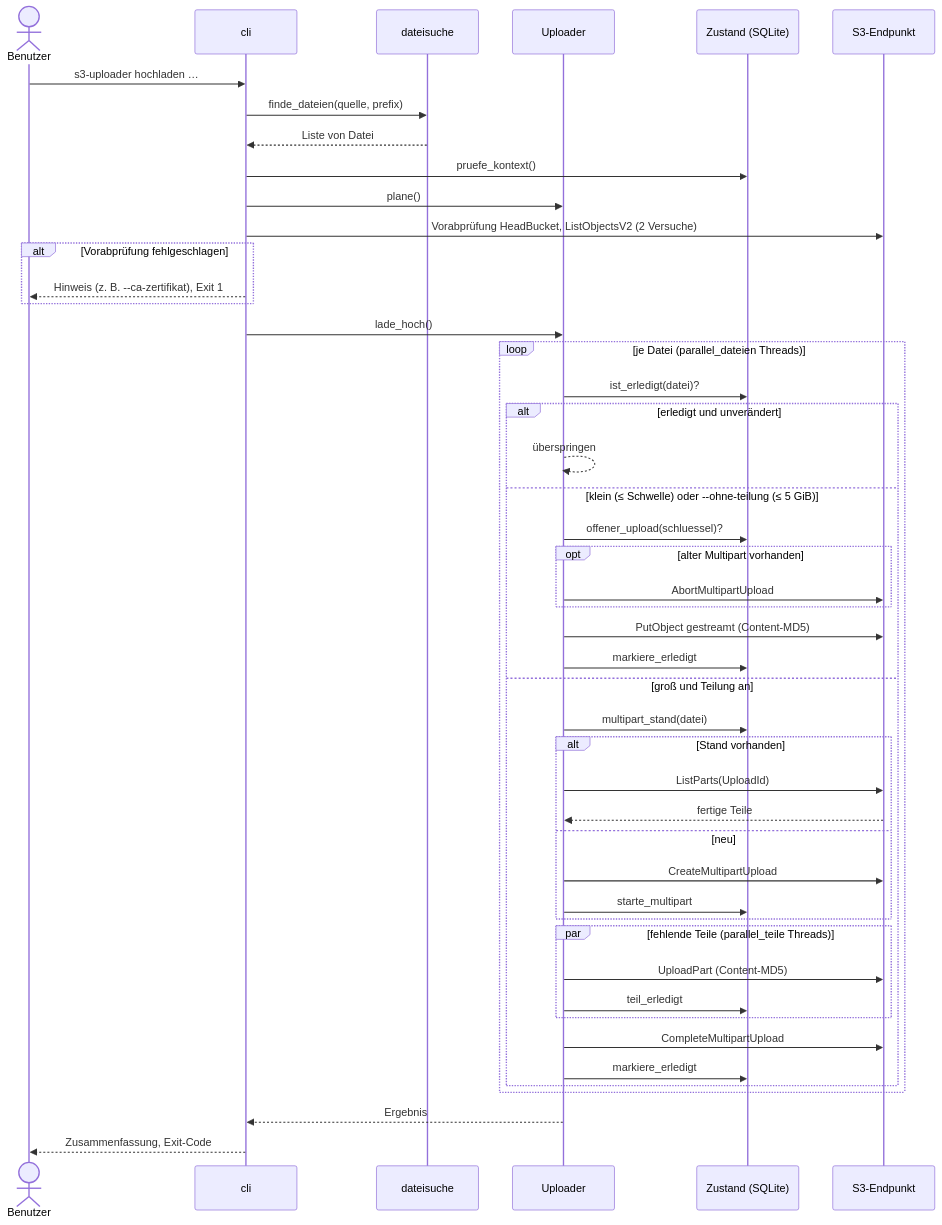
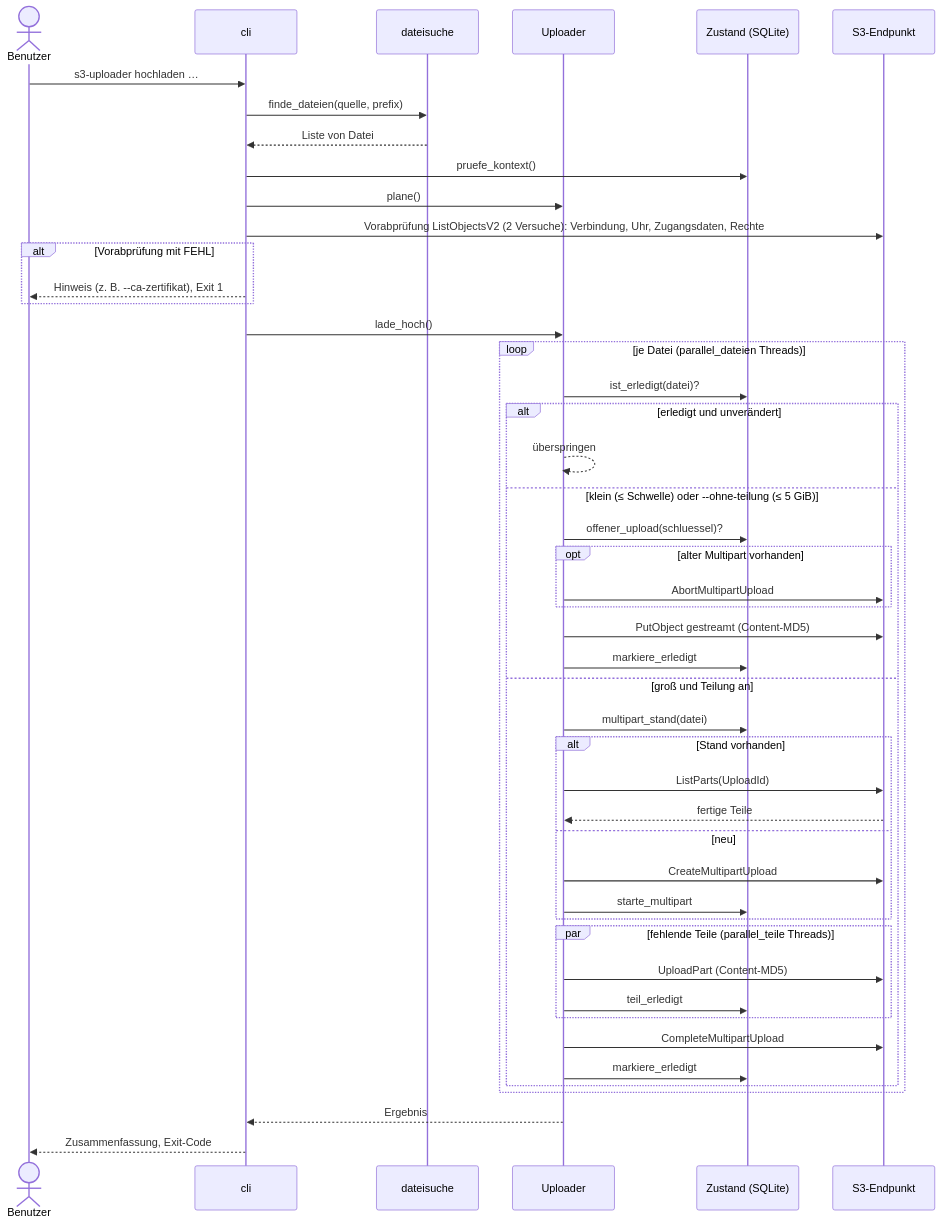
The third of 5 diagrams in docs/architektur.md (Weitenbummler/s3-uploader), drawn with Mermaid before and after one commit. The commit also changed other lines of this file and 4 other files, not shown here.

````diff
--- a/docs/architektur.md
+++ b/docs/architektur.md
@@ -192,51 +192,51 @@
 ```mermaid
 sequenceDiagram
     actor Benutzer
     participant CLI as cli
     participant Suche as dateisuche
     participant U as Uploader
     participant Z as Zustand (SQLite)
     participant S3 as S3-Endpunkt
 
     Benutzer->>CLI: s3-uploader hochladen …
     CLI->>Suche: finde_dateien(quelle, prefix)
     Suche-->>CLI: Liste von Datei
     CLI->>Z: pruefe_kontext()
     CLI->>U: plane()
-    CLI->>S3: Vorabprüfung HeadBucket, ListObjectsV2 (2 Versuche)
-    alt Vorabprüfung fehlgeschlagen
+    CLI->>S3: Vorabprüfung ListObjectsV2 (2 Versuche): Verbindung, Uhr, Zugangsdaten, Rechte
+    alt Vorabprüfung mit FEHL
         CLI-->>Benutzer: Hinweis (z. B. --ca-zertifikat), Exit 1
     end
     CLI->>U: lade_hoch()
 
     loop je Datei (parallel_dateien Threads)
         U->>Z: ist_erledigt(datei)?
         alt erledigt und unverändert
             U-->>U: überspringen
         else klein (≤ Schwelle) oder --ohne-teilung (≤ 5 GiB)
             U->>Z: offener_upload(schluessel)?
             opt alter Multipart vorhanden
                 U->>S3: AbortMultipartUpload
             end
             U->>S3: PutObject gestreamt (Content-MD5)
             U->>Z: markiere_erledigt
         else groß und Teilung an
             U->>Z: multipart_stand(datei)
             alt Stand vorhanden
                 U->>S3: ListParts(UploadId)
                 S3-->>U: fertige Teile
             else neu
                 U->>S3: CreateMultipartUpload
                 U->>Z: starte_multipart
             end
             par fehlende Teile (parallel_teile Threads)
                 U->>S3: UploadPart (Content-MD5)
                 U->>Z: teil_erledigt
             end
             U->>S3: CompleteMultipartUpload
             U->>Z: markiere_erledigt
         end
     end
     U-->>CLI: Ergebnis
     CLI-->>Benutzer: Zusammenfassung, Exit-Code
 ```
````
